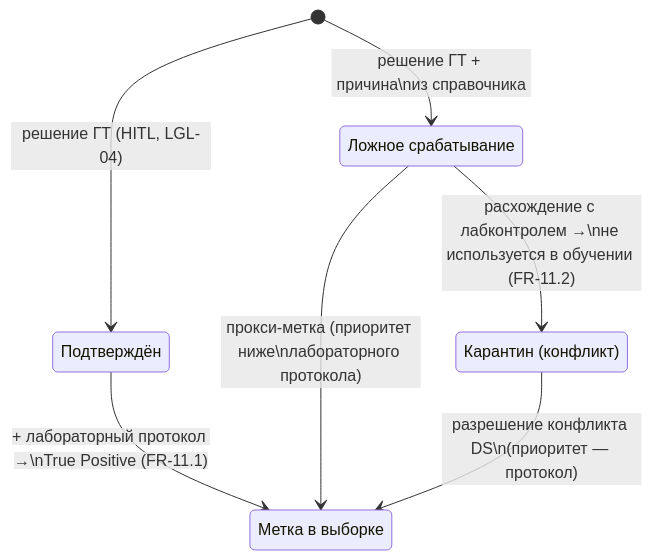
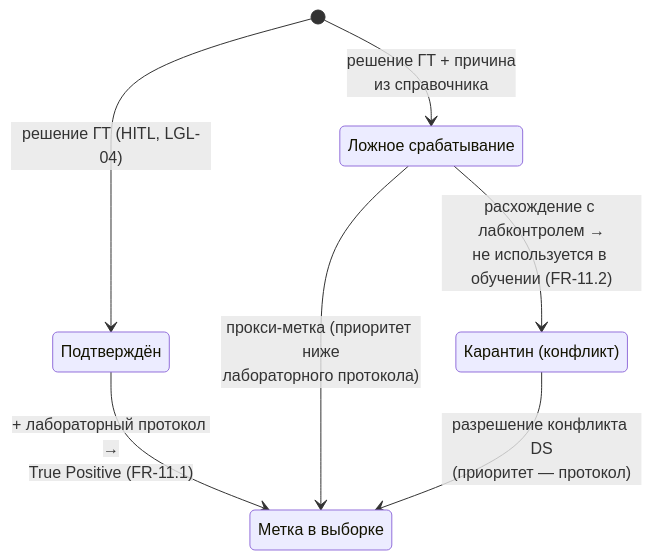
Before and after one commit to igorvolk1961/water_checker: the fourth of 4 diagrams in docs/system_analysis/diagrams/state_incident_alert_task.md, drawn with Mermaid. The commit also changed other lines of this file and 4 other files, not shown here.

Commit message:
Fix mermaid parse error: remove semicolons in labels and use <br/> instead of literal backslash-n

````diff
--- a/docs/system_analysis/diagrams/state_incident_alert_task.md
+++ b/docs/system_analysis/diagrams/state_incident_alert_task.md
@@ -65,13 +65,13 @@
 ```mermaid
 stateDiagram-v2
     state "Подтверждён" as V1
     state "Ложное срабатывание" as V2
     state "Метка в выборке" as V3
     state "Карантин (конфликт)" as V4
     [*] --> V1 : решение ГТ (HITL, LGL-04)
-    [*] --> V2 : решение ГТ + причина\nиз справочника
-    V1 --> V3 : + лабораторный протокол →\nTrue Positive (FR-11.1)
-    V2 --> V3 : прокси-метка (приоритет ниже\nлабораторного протокола)
-    V2 --> V4 : расхождение с лабконтролем →\nне используется в обучении (FR-11.2)
-    V4 --> V3 : разрешение конфликта DS\n(приоритет — протокол)
+    [*] --> V2 : решение ГТ + причина<br/>из справочника
+    V1 --> V3 : + лабораторный протокол →<br/>True Positive (FR-11.1)
+    V2 --> V3 : прокси-метка (приоритет ниже<br/>лабораторного протокола)
+    V2 --> V4 : расхождение с лабконтролем →<br/>не используется в обучении (FR-11.2)
+    V4 --> V3 : разрешение конфликта DS<br/>(приоритет — протокол)
 ```
````
